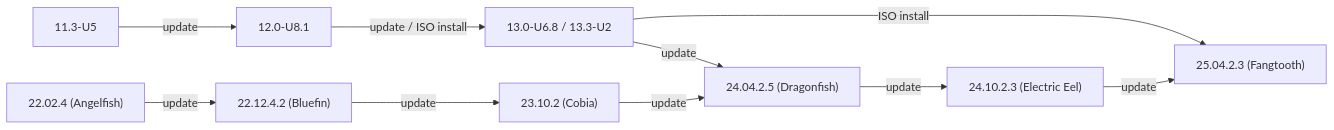
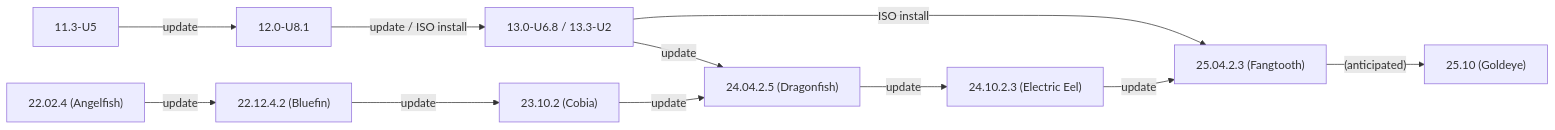
The first of 2 diagrams in static/includes/SCALEUpgradePaths.md (truenas/documentation), drawn with Mermaid before and after one commit. The commit also changed other lines of this file and 1 other file, not shown here.

```diff
--- a/static/includes/SCALEUpgradePaths.md
+++ b/static/includes/SCALEUpgradePaths.md
@@ -59,13 +209,14 @@
-          {{< mermaid class="mermaid_sizing" >}}
-          flowchart LR
-            A["11.3-U5"] -->|update| B["12.0-U8.1"]
-            B -->|"update / ISO install"| C["13.0-U6.8 / 13.3-U2"]
-            C -->|update| G
-            C -->|ISO install| I
-            D["22.02.4 (Angelfish)"] -->|update| E
-            E["22.12.4.2 (Bluefin)"] -->|update| F
-            F["23.10.2 (Cobia)"] -->|update| G
-            G["24.04.2.5 (Dragonfish)"] -->|update| H
-            H["24.10.2.3 (Electric Eel)"] -->|update| I
-            I["25.04.2.3 (Fangtooth)"]
-          {{< /mermaid >}}
+            {{< mermaid class="mermaid_sizing" >}}
+            flowchart LR
+              A["11.3-U5"] -->|update| B["12.0-U8.1"]
+              B -->|"update / ISO install"| C["13.0-U6.8 / 13.3-U2"]
+              C -->|update| G
+              C -->|ISO install| I
+              D["22.02.4 (Angelfish)"] -->|update| E
+              E["22.12.4.2 (Bluefin)"] -->|update| F
+              F["23.10.2 (Cobia)"] -->|update| G
+              G["24.04.2.5 (Dragonfish)"] -->|update| H
+              H["24.10.2.3 (Electric Eel)"] -->|update| I
+              I["25.04.2.3 (Fangtooth)"] -->|"(anticipated)"| J
+            J["25.10 (Goldeye)"]
+            {{< /mermaid >}}
```
